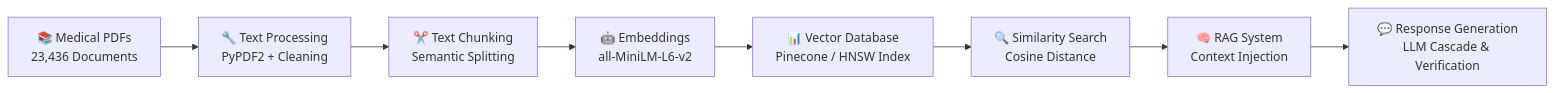
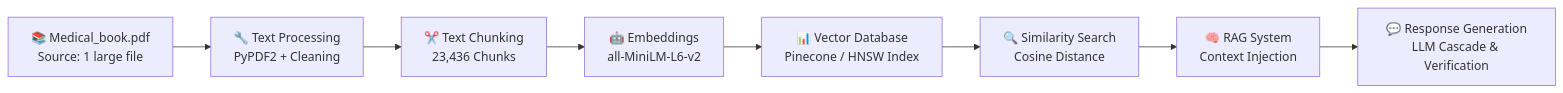
Before and after one commit to Ansh701/Medibot-AI: the diagram in README.md, drawn with Mermaid. The commit also changed other lines of this file, not shown here.

````diff
--- a/README.md
+++ b/README.md
@@ -22,10 +27,10 @@
 ```mermaid
 graph LR
-    A[📚 Medical PDFs<br/>23,436 Documents] --> B[🔧 Text Processing<br/>PyPDF2 + Cleaning]
-    B --> C[✂️ Text Chunking<br/>Semantic Splitting]
+    A[📚 Medical_book.pdf<br/>Source: 1 large file] --> B[🔧 Text Processing<br/>PyPDF2 + Cleaning]
+    B --> C[✂️ Text Chunking<br/>23,436 Chunks]
     C --> D[🤖 Embeddings<br/>all-MiniLM-L6-v2]
     D --> E[📊 Vector Database<br/>Pinecone / HNSW Index]
     E --> F[🔍 Similarity Search<br/>Cosine Distance]
     F --> G[🧠 RAG System<br/>Context Injection]
     G --> H[💬 Response Generation<br/>LLM Cascade & Verification]
 ```
````
